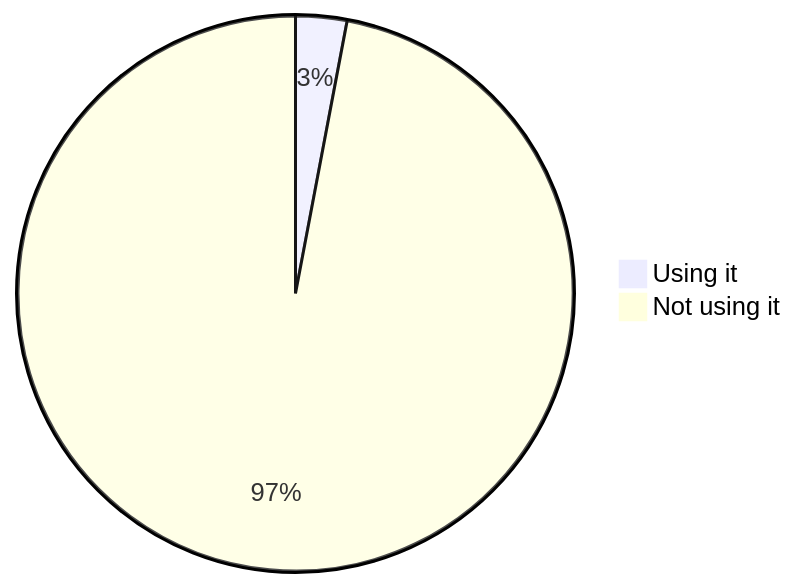
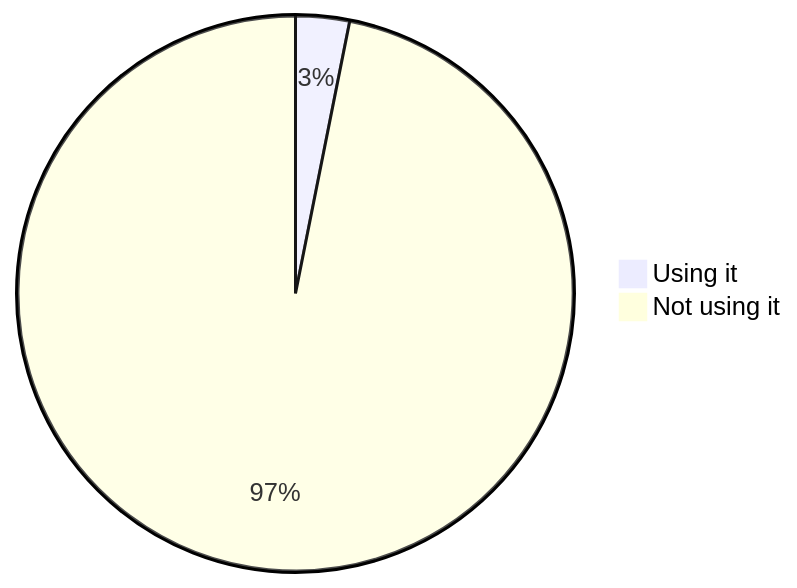
One commit to oshp/oshp-stats changed diagram 17 of 22 in stats.md. Above: the diagram before and after it, drawn with Mermaid. The commit also changed other lines of this file, not shown here.

````diff
--- a/stats.md
+++ b/stats.md
@@ -202,6 +202,6 @@
 ```mermaid
 pie
-	"Using it" : 2.98
-	"Not using it" : 97.02
+	"Using it" : 3.13
+	"Not using it" : 96.87
 
 ```
````
